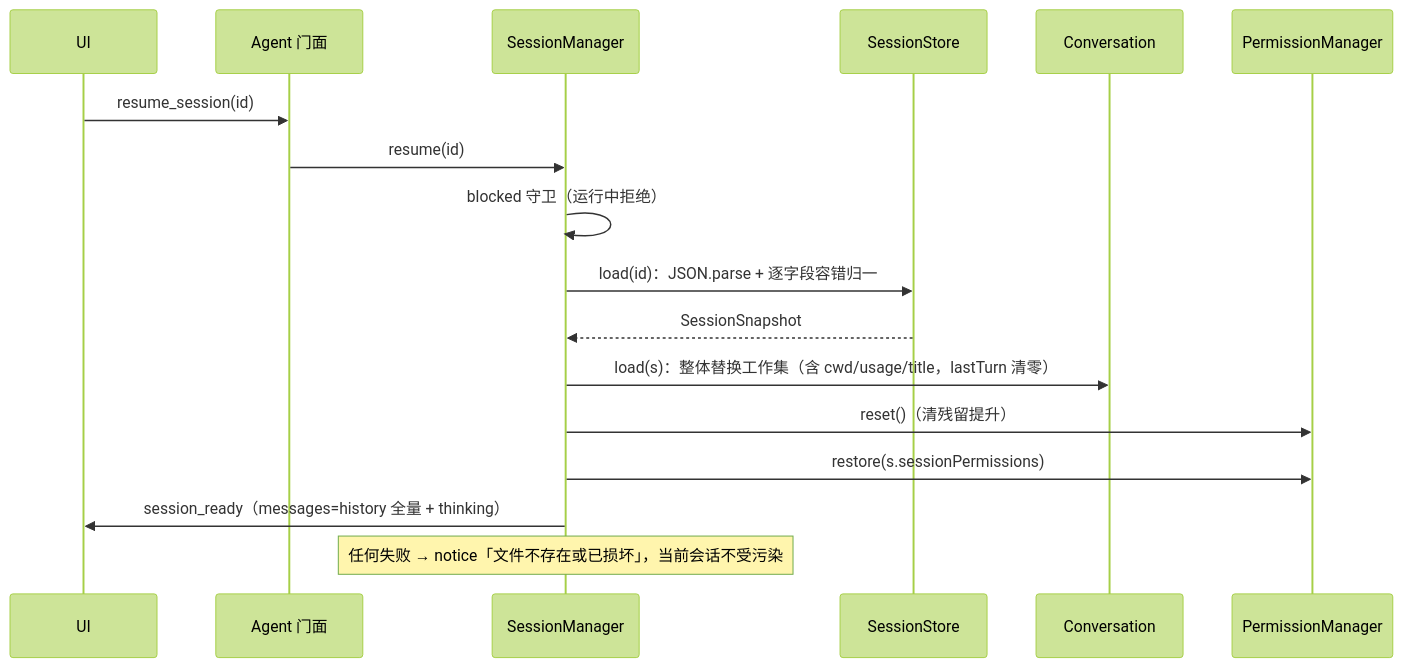
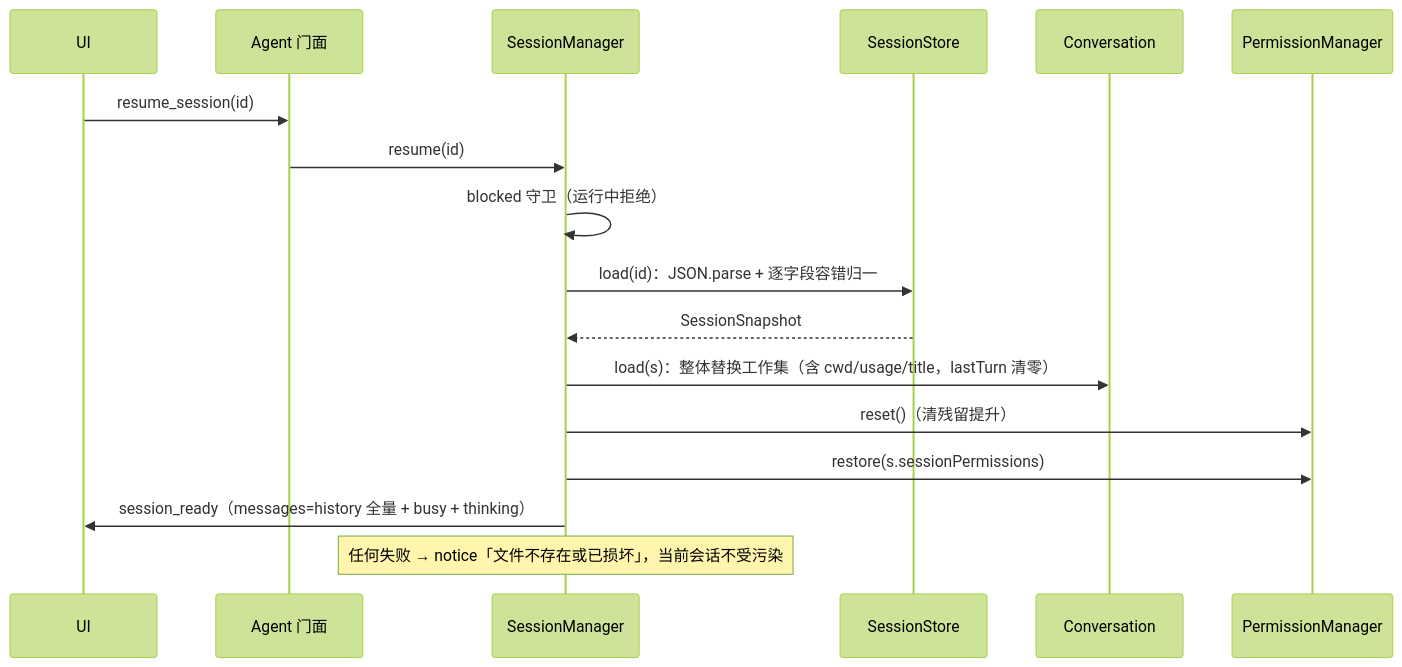
The third of 4 diagrams in docs/versions/0.2/02-设计实现/09-会话与持久化.md (Doggez1G/DogEggAgent), drawn with Mermaid (forest theme) before and after one commit. The commit also changed other lines of this file and 10 other files, not shown here.

````diff
--- a/docs/versions/0.2/02-设计实现/09-会话与持久化.md
+++ b/docs/versions/0.2/02-设计实现/09-会话与持久化.md
@@ -258,19 +263,19 @@
 ```mermaid
 sequenceDiagram
     participant U as UI
     participant A as Agent 门面
     participant M as SessionManager
     participant ST as SessionStore
     participant C as Conversation
     participant P as PermissionManager
     U->>A: resume_session(id)
     A->>M: resume(id)
     M->>M: blocked 守卫（运行中拒绝）
     M->>ST: load(id)：JSON.parse + 逐字段容错归一
     ST-->>M: SessionSnapshot
     M->>C: load(s)：整体替换工作集（含 cwd/usage/title，lastTurn 清零）
     M->>P: reset()（清残留提升）
     M->>P: restore(s.sessionPermissions)
-    M->>U: session_ready（messages=history 全量 + thinking）
+    M->>U: session_ready（messages=history 全量 + busy + thinking）
     Note over M: 任何失败 → notice「文件不存在或已损坏」，当前会话不受污染
 ```
````
